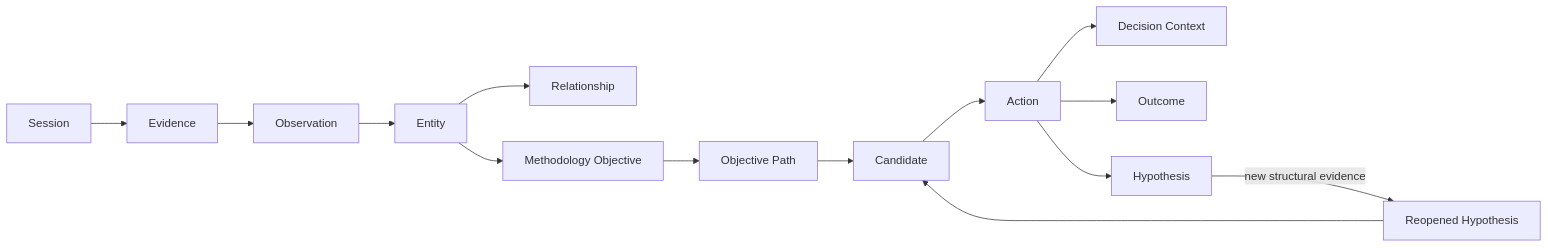
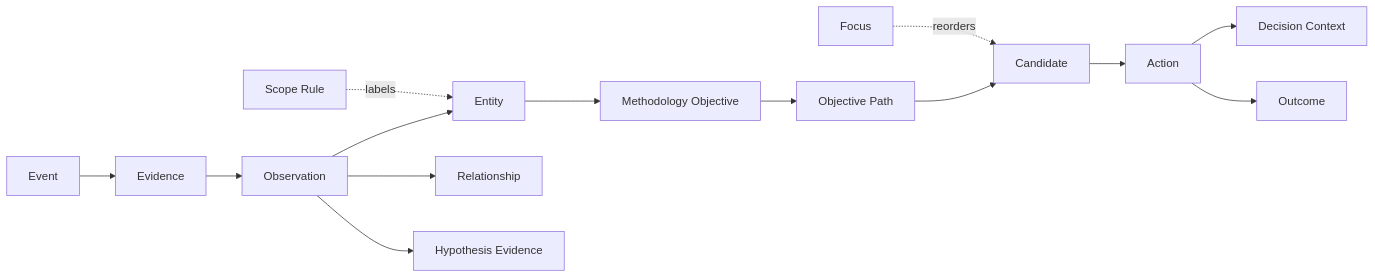
Before and after one commit to neavus-23/exitone: the third of 4 diagrams in README.md, drawn with Mermaid. The commit also changed other lines of this file, not shown here.

Commit message:
docs: sync README with control console and architecture updates

````diff
--- a/README.md
+++ b/README.md
@@ -375,16 +559,18 @@
 ```mermaid
 flowchart LR
-    S[Session] --> E[Evidence]
+    EV[Event] --> E[Evidence]
     E --> O[Observation]
     O --> N[Entity]
-    N --> R[Relationship]
+    O --> R[Relationship]
+    O --> H[Hypothesis Evidence]
+
     N --> M[Methodology Objective]
     M --> P[Objective Path]
     P --> C[Candidate]
     C --> A[Action]
     A --> D[Decision Context]
     A --> U[Outcome]
-    A --> H[Hypothesis]
-    H -->|new structural evidence| T[Reopened Hypothesis]
-    T --> C
+
+    S[Scope Rule] -.labels.-> N
+    F[Focus] -.reorders.-> C
 ```
````
